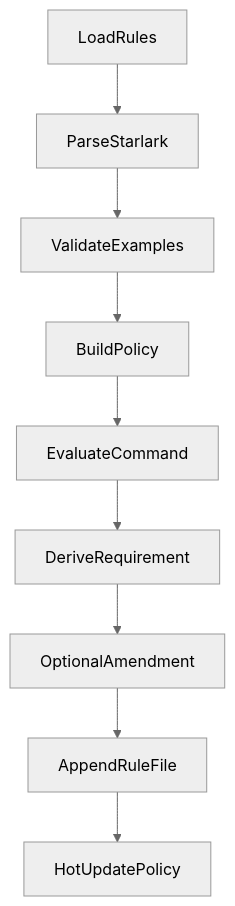
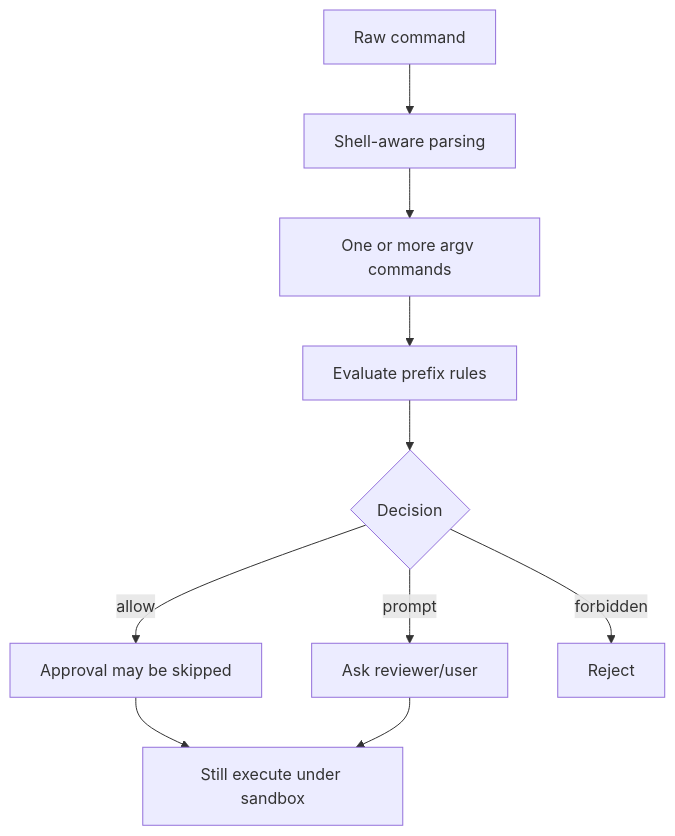
The diagram in Part II Source Analysis/14-执行策略Starlark.md (GLBB/codex-source-analysis), drawn with Mermaid before and after one commit. The commit also changed other lines of this file and 49 other files, not shown here.

````diff
--- a/Part II Source Analysis/14-执行策略Starlark.md
+++ b/Part II Source Analysis/14-执行策略Starlark.md
@@ -724,12 +30,12 @@
 ```mermaid
-%%{init:{'theme':'neutral','themeVariables':{'background':'#ffffff'}}}%%
 flowchart TD
-    A["LoadRules"] --> B["ParseStarlark"]
-    B --> C["ValidateExamples"]
-    C --> D["BuildPolicy"]
-    D --> E["EvaluateCommand"]
-    E --> F["DeriveRequirement"]
-    F --> G["OptionalAmendment"]
-    G --> H["AppendRuleFile"]
-    H --> I["HotUpdatePolicy"]
+    A[Raw command] --> B[Shell-aware parsing]
+    B --> C[One or more argv commands]
+    C --> D[Evaluate prefix rules]
+    D --> E{Decision}
+    E -- allow --> F[Approval may be skipped]
+    E -- prompt --> G[Ask reviewer/user]
+    E -- forbidden --> H[Reject]
+    F --> I[Still execute under sandbox]
+    G --> I
 ```
````
